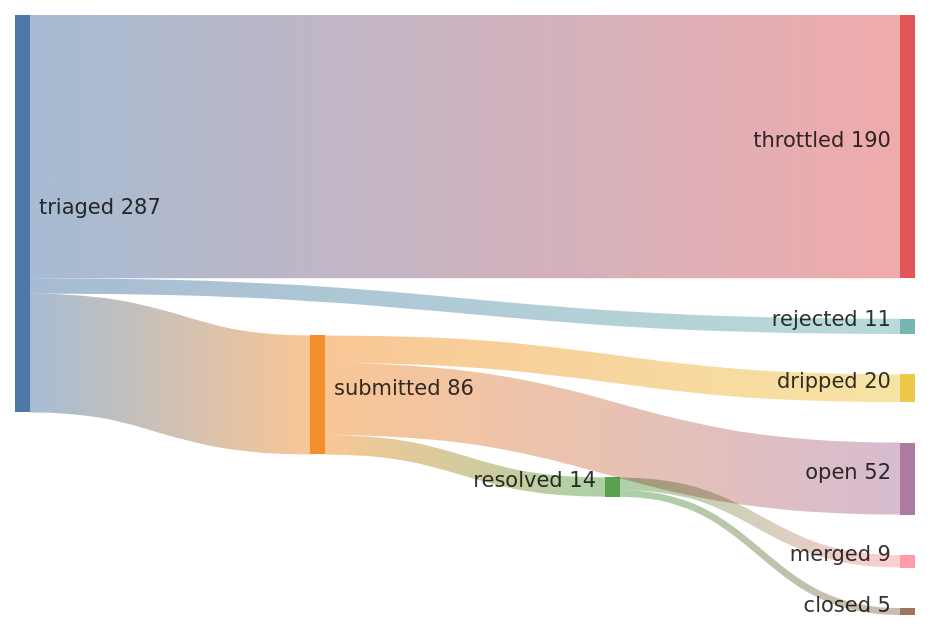
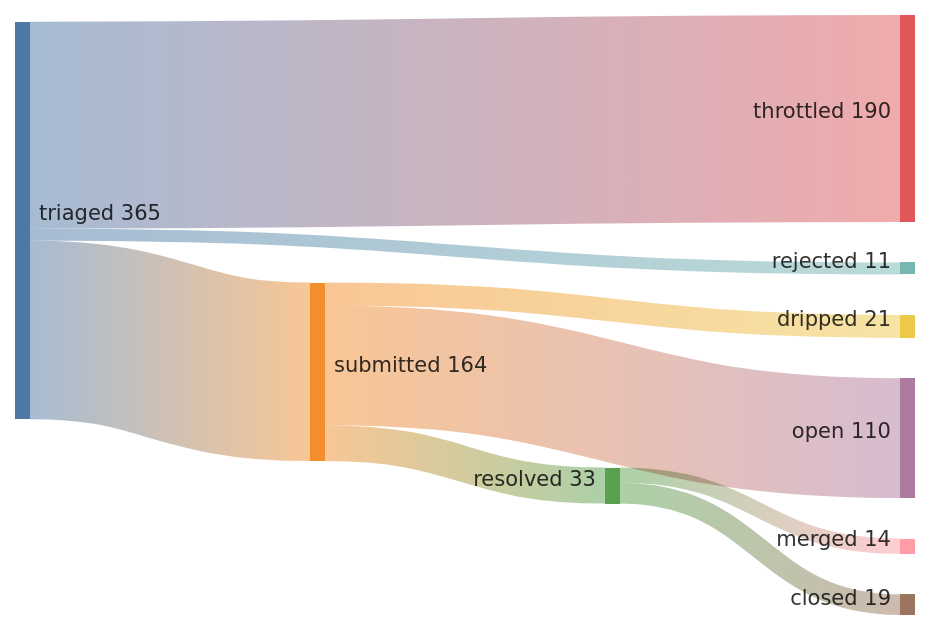
One commit to kimjune01/kimjune01 changed the diagram in README.md. Above: the diagram before and after it, drawn with Mermaid. The commit also changed other lines of this file, not shown here.

Commit message:
stats: 14/33 = 42% (01:43 UTC)

````diff
--- a/README.md
+++ b/README.md
@@ -3,11 +3,11 @@
 ```mermaid
 sankey-beta
-    triaged,    submitted, 86
+    triaged,    submitted, 164
     triaged,    throttled, 190
     triaged,    rejected,  11
-    submitted,  resolved,  14
-    submitted,  dripped,   20
-    submitted,  open,      52
-    resolved,   merged,    9
-    resolved,   closed,    5
+    submitted,  resolved,  33
+    submitted,  dripped,   21
+    submitted,  open,      110
+    resolved,   merged,    14
+    resolved,   closed,    19
 ```
````
